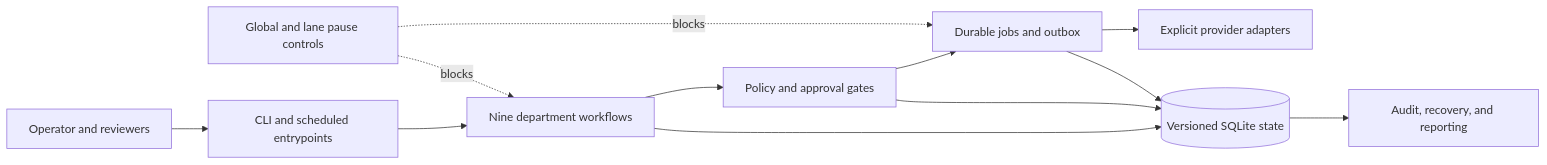
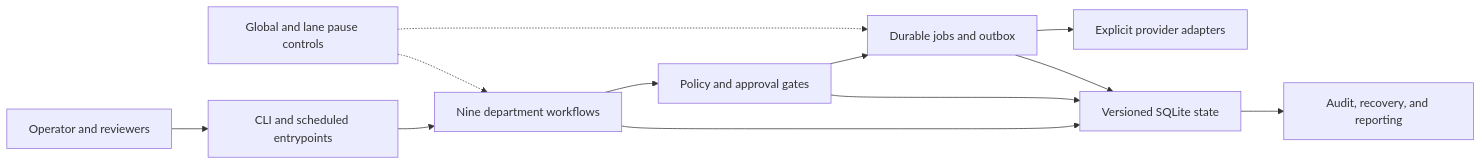
Before and after one commit to aderofrank402-spec/lumen-marketing-os: the first of 2 diagrams in README.md, drawn with Mermaid. The commit also changed 1 other file, not shown here.

Commit message:
Fix GitHub Mermaid compatibility

````diff
--- a/README.md
+++ b/README.md
@@ -39,14 +39,14 @@
 ```mermaid
-graph LR
-    operator["Operator and reviewers"] --> cli["CLI and scheduled entrypoints"]
-    cli --> workflows["Nine department workflows"]
-    workflows --> policy["Policy and approval gates"]
-    policy --> queue["Durable jobs and outbox"]
-    queue --> adapters["Explicit provider adapters"]
-    workflows --> store[("Versioned SQLite state")]
+flowchart LR
+    operator[Operator and reviewers] --> cli[CLI and scheduled entrypoints]
+    cli --> workflows[Nine department workflows]
+    workflows --> policy[Policy and approval gates]
+    policy --> queue[Durable jobs and outbox]
+    queue --> adapters[Explicit provider adapters]
+    workflows --> store[Versioned SQLite state]
     policy --> store
     queue --> store
-    store --> audit["Audit, recovery, and reporting"]
-    pause["Global and lane pause controls"] -. blocks .-> workflows
-    pause -. blocks .-> queue
+    store --> audit[Audit, recovery, and reporting]
+    pause[Global and lane pause controls] -.-> workflows
+    pause -.-> queue
 ```
````
